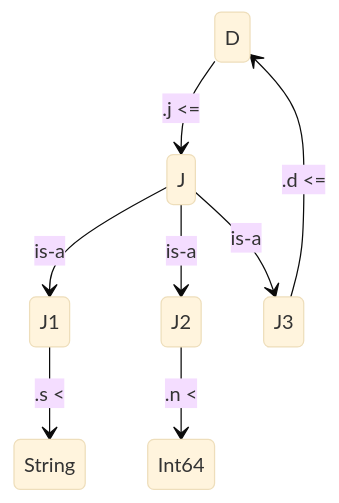
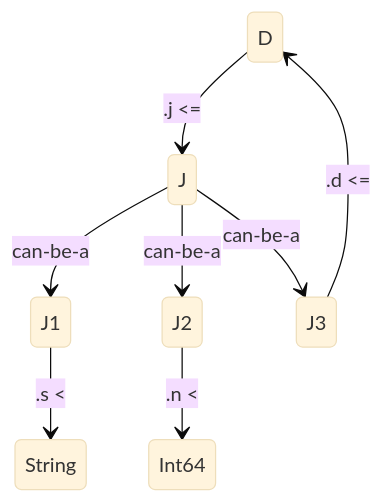
The seventh of 12 diagrams in rfcs/659-memory-management/README.md (temperlang/rfcs), drawn with Mermaid (base theme) before and after one commit. The commit also changed other lines of this file, not shown here.

````diff
--- a/rfcs/659-memory-management/README.md
+++ b/rfcs/659-memory-management/README.md
@@ -522,10 +784,10 @@
 ```mermaid
 stateDiagram-v2
   D --> J : .j #lt;=
-  J --> J1 : is-a
-  J --> J2 : is-a
-  J --> J3 : is-a
+  J --> J1 : can-be-a
+  J --> J2 : can-be-a
+  J --> J3 : can-be-a
   J1 --> String : .s #lt;
   J2 --> Int64 : .n #lt;
   J3 --> D : .d #lt;=
 ```
````
